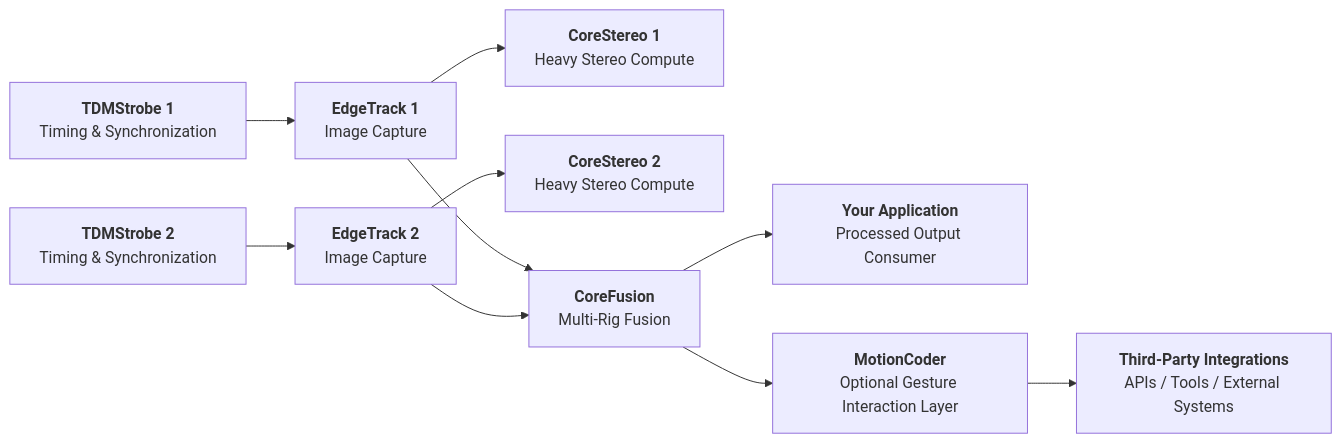
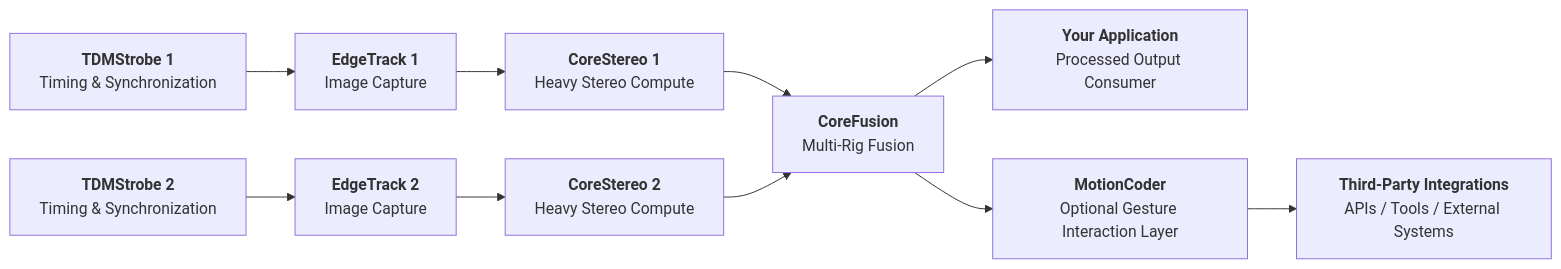
One commit to edgetrackorg/overview changed the third of 4 diagrams in README.md. Above: the diagram before and after it, drawn with Mermaid.

````diff
--- a/README.md
+++ b/README.md
@@ -102,29 +102,29 @@
 ```mermaid
 flowchart LR
     A1[<strong>TDMStrobe 1</strong><br/>Timing & Synchronization]
     A2[<strong>TDMStrobe 2</strong><br/>Timing & Synchronization]
 
     B1[<strong>EdgeTrack 1</strong><br/>Image Capture]
     B2[<strong>EdgeTrack 2</strong><br/>Image Capture]
 
     C1[<strong>CoreStereo 1</strong><br/>Heavy Stereo Compute]
     C2[<strong>CoreStereo 2</strong><br/>Heavy Stereo Compute]    
 
     D[<strong>CoreFusion</strong><br/>Multi-Rig Fusion]
     E[<strong>Your Application</strong><br/>Processed Output Consumer]
     F[<strong>MotionCoder</strong><br/>Optional Gesture Interaction Layer]
     G[<strong>Third-Party Integrations</strong><br/>APIs / Tools / External Systems]
 
     A1 --> B1
     A2 --> B2
 
     B1 --> C1
     B2 --> C2
 
-    B1 --> D
-    B2 --> D
+    C1 --> D
+    C2 --> D
 
     D --> E
     D --> F
     F --> G
 ```
````
